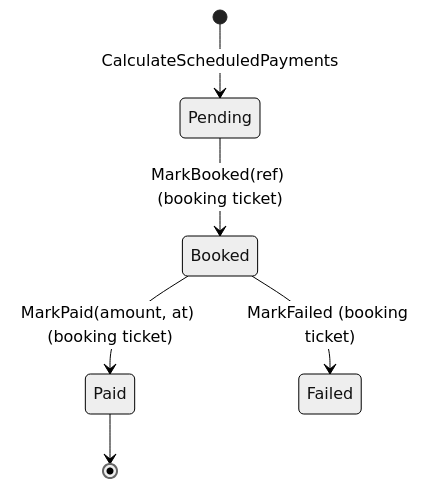
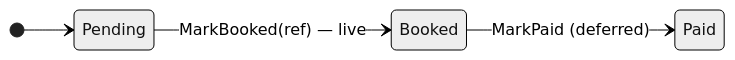
One commit to mnnam1302/EShop changed the fourth of 7 diagrams in Finance/src/EShop.Finance.API/README.md. Above: the diagram before and after it, drawn with Mermaid (neutral theme). The commit also changed other lines of this file and 82 other files, not shown here.

````diff
--- a/Finance/src/EShop.Finance.API/README.md
+++ b/Finance/src/EShop.Finance.API/README.md
@@ -284,8 +79,7 @@
 ```mermaid
 stateDiagram-v2
-    [*] --> Pending : CalculateScheduledPayments
-    Pending --> Booked : MarkBooked(ref) (booking ticket)
-    Booked --> Paid : MarkPaid(amount, at) (booking ticket)
-    Booked --> Failed : MarkFailed (booking ticket)
-    Paid --> [*]
+    direction LR
+    [*] --> Pending
+    Pending --> Booked : MarkBooked(ref) — live
+    Booked --> Paid : MarkPaid (deferred)
 ```
````
